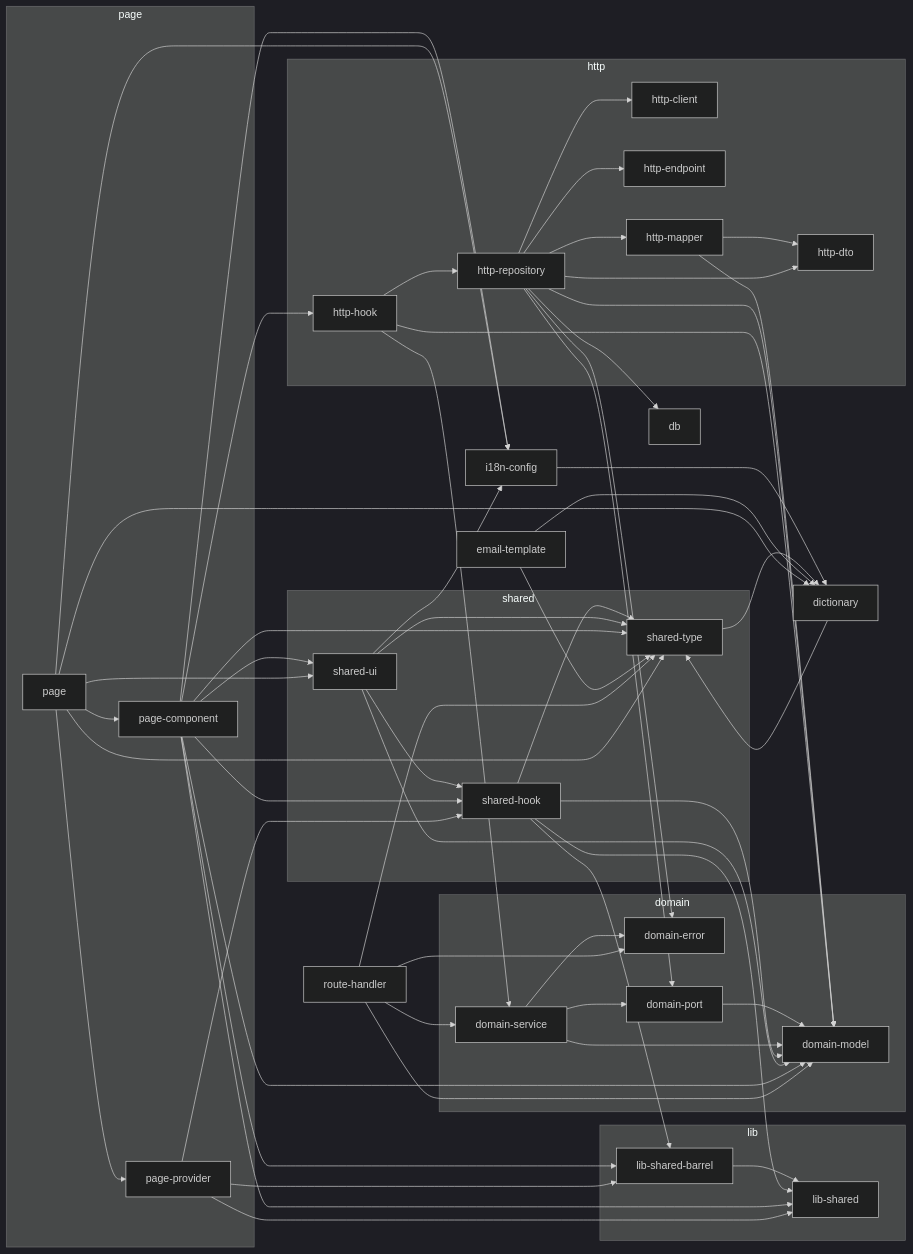
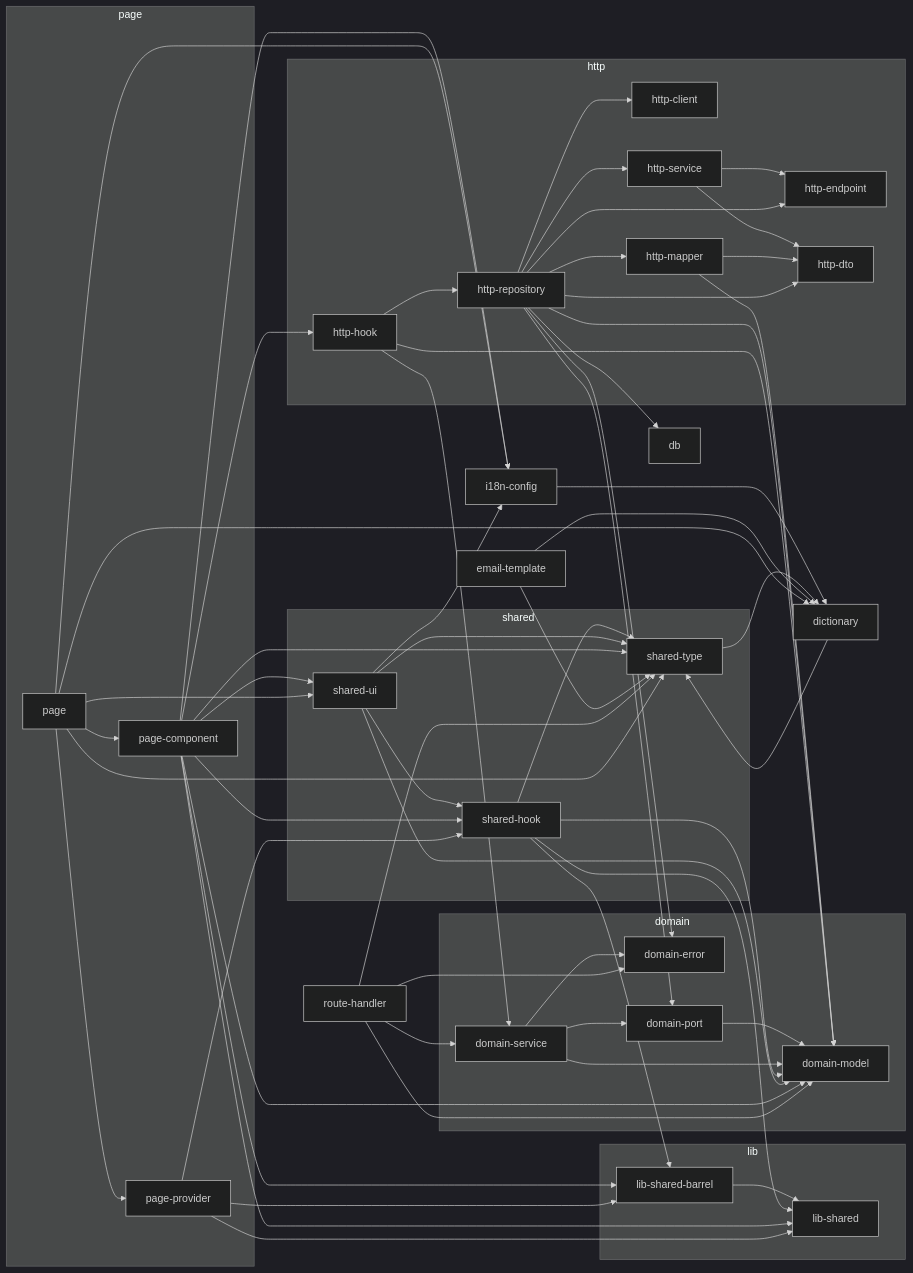
One commit to JosephNK/jkit-code-plugin changed the diagram in rules/nextjs/base/lint-rules-diagram.md. Above: the diagram before and after it, drawn with Mermaid (dark theme). The commit also changed 7 other files, not shown here.

```diff
--- a/rules/nextjs/base/lint-rules-diagram.md
+++ b/rules/nextjs/base/lint-rules-diagram.md
@@ -19,6 +19,7 @@
     http_client["http-client"]
     http_endpoint["http-endpoint"]
     http_dto["http-dto"]
+    http_service["http-service"]
     http_mapper["http-mapper"]
     http_repository["http-repository"]
     http_hook["http-hook"]
@@ -46,11 +47,14 @@
   domain_service --> domain_model
   domain_service --> domain_port
   domain_service --> domain_error
+  http_service --> http_endpoint
+  http_service --> http_dto
   http_mapper --> domain_model
   http_mapper --> http_dto
   http_repository --> http_client
   http_repository --> http_endpoint
   http_repository --> http_dto
+  http_repository --> http_service
   http_repository --> http_mapper
   http_repository --> domain_port
   http_repository --> domain_error
```
